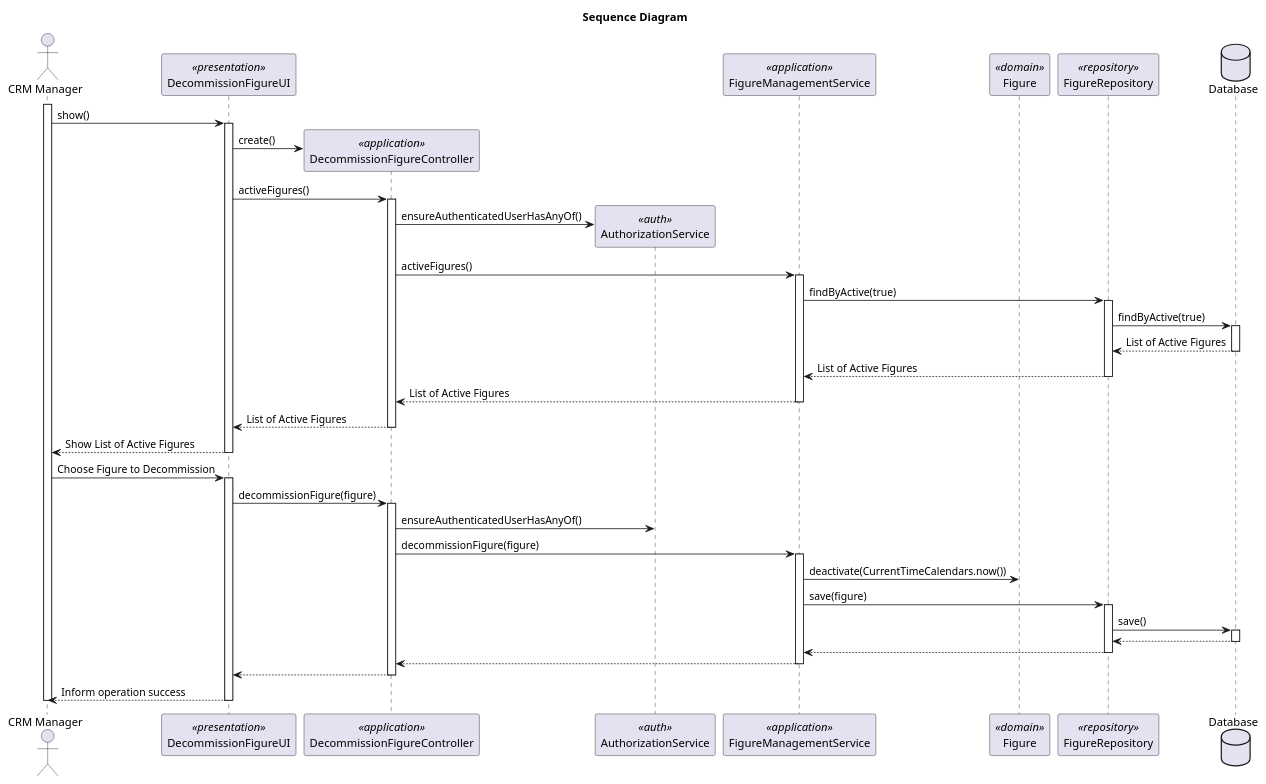
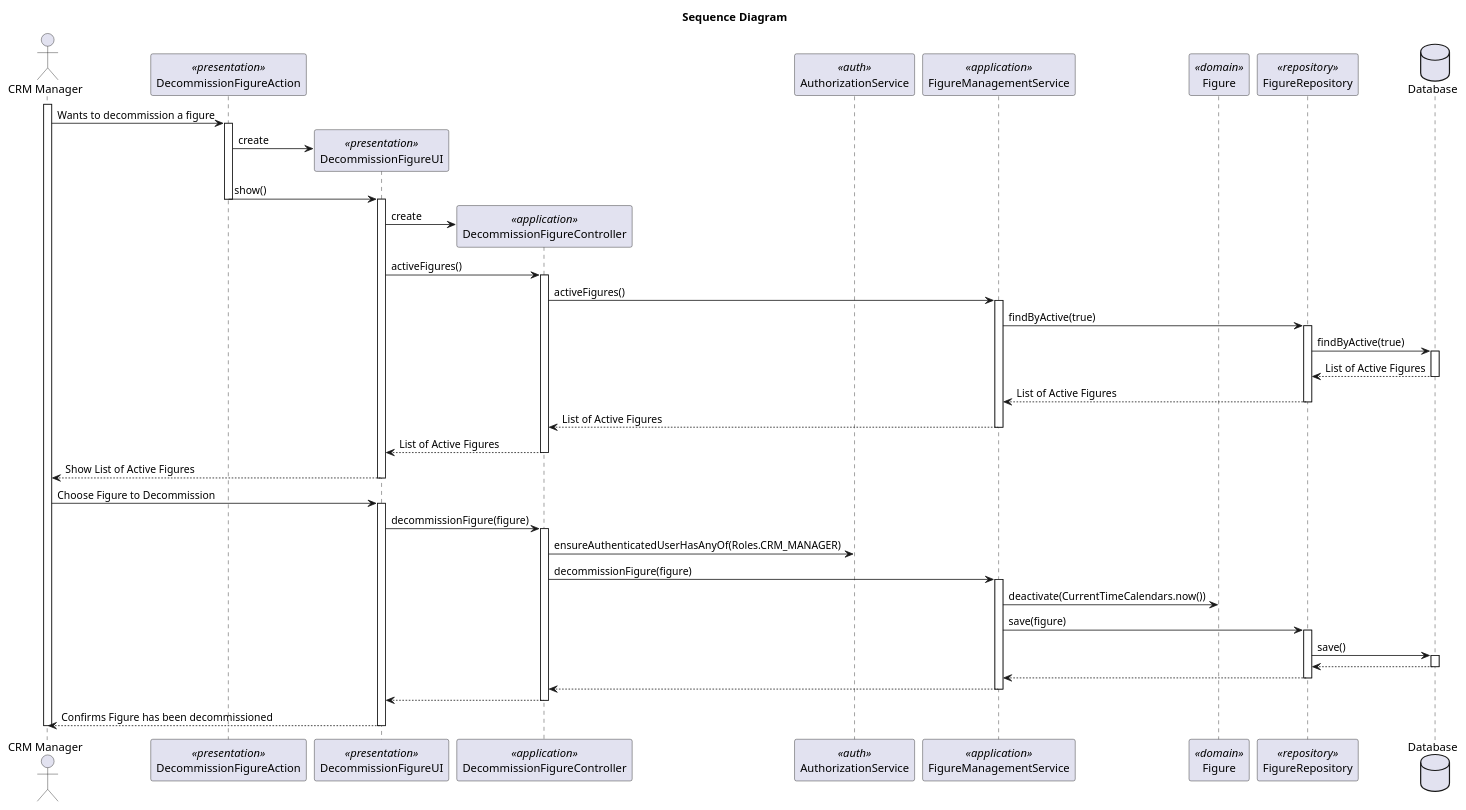
Before and after one commit to rubenFreitas1/ISEP-LAPR4-2024-2025: the diagram in docs/Sprint2/us_234/diagrams/sequence-diagram-US234.puml, drawn with PlantUML. The commit also changed 9 other files, not shown here.

```diff
--- a/docs/Sprint2/us_234/diagrams/sequence-diagram-US234.puml
+++ b/docs/Sprint2/us_234/diagrams/sequence-diagram-US234.puml
@@ -1,86 +1,92 @@
 @startuml
 title Sequence Diagram
 
 actor "CRM Manager" as Actor
+participant "DecommissionFigureAction" as Action <<presentation>>
 participant "DecommissionFigureUI" as UI <<presentation>>
 participant "DecommissionFigureController" as Controller <<application>>
 participant "AuthorizationService" as AuthorizationService <<auth>>
 participant "FigureManagementService" as FigureManagementService <<application>>
 participant "Figure" as Figure <<domain>>
 participant "FigureRepository" as FigureRepository <<repository>>
 database "Database" as Database
 
 activate Actor
 
-Actor -> UI: show()
+Actor -> Action: Wants to decommission a figure
+    activate Action
+
+        Action -> UI**: create
+        Action -> UI: show()
+    deactivate Action
     activate UI
 
-UI -> Controller** : create()
+UI -> Controller** : create
 
 UI -> Controller: activeFigures()
     activate Controller
 
-        Controller -> AuthorizationService** : ensureAuthenticatedUserHasAnyOf()
+
 
         Controller -> FigureManagementService: activeFigures()
             activate FigureManagementService
 
                 FigureManagementService -> FigureRepository: findByActive(true)
                     activate FigureRepository
 
                         FigureRepository -> Database:  findByActive(true)
                             activate Database
 
                                 Database --> FigureRepository: List of Active Figures
                             deactivate Database
                         FigureRepository --> FigureManagementService: List of Active Figures
                     deactivate FigureRepository
 
 
                 FigureManagementService --> Controller: List of Active Figures
             deactivate FigureManagementService
 
         Controller --> UI: List of Active Figures
     deactivate Controller
 
 UI --> Actor: Show List of Active Figures
 deactivate UI
 
 Actor -> UI: Choose Figure to Decommission
 
 
     activate UI
 
         UI -> Controller : decommissionFigure(figure)
             activate Controller
 
-                Controller -> AuthorizationService : ensureAuthenticatedUserHasAnyOf()
+                Controller -> AuthorizationService : ensureAuthenticatedUserHasAnyOf(Roles.CRM_MANAGER)
 
                 Controller -> FigureManagementService : decommissionFigure(figure)
                 activate FigureManagementService
 
                     FigureManagementService -> Figure: deactivate(CurrentTimeCalendars.now())
 
                     FigureManagementService -> FigureRepository : save(figure)
 
                     activate FigureRepository
 
                              FigureRepository -> Database : save()
                              activate Database
 
                                 Database --> FigureRepository
                              deactivate Database
 
                              FigureRepository --> FigureManagementService
                     deactivate FigureRepository
 
                     FigureManagementService --> Controller
                 deactivate FigureManagementService
 
                 Controller --> UI
             deactivate Controller
-        UI --> Actor : Inform operation success
+        UI --> Actor : Confirms Figure has been decommissioned
         deactivate UI
 deactivate Actor
 
 @enduml
```
